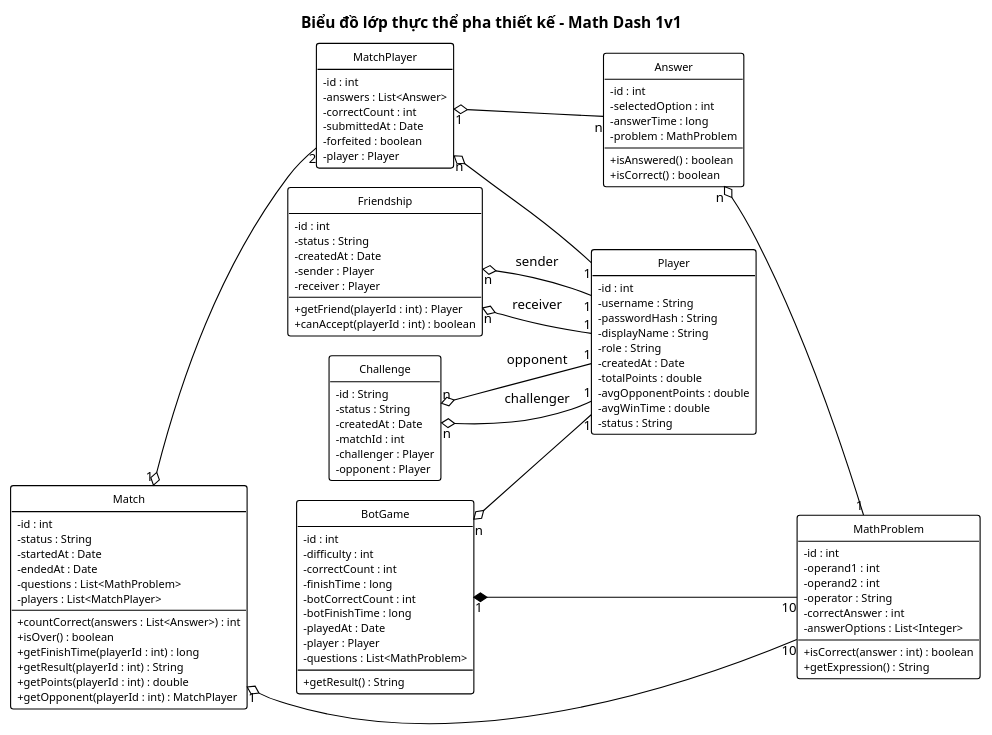
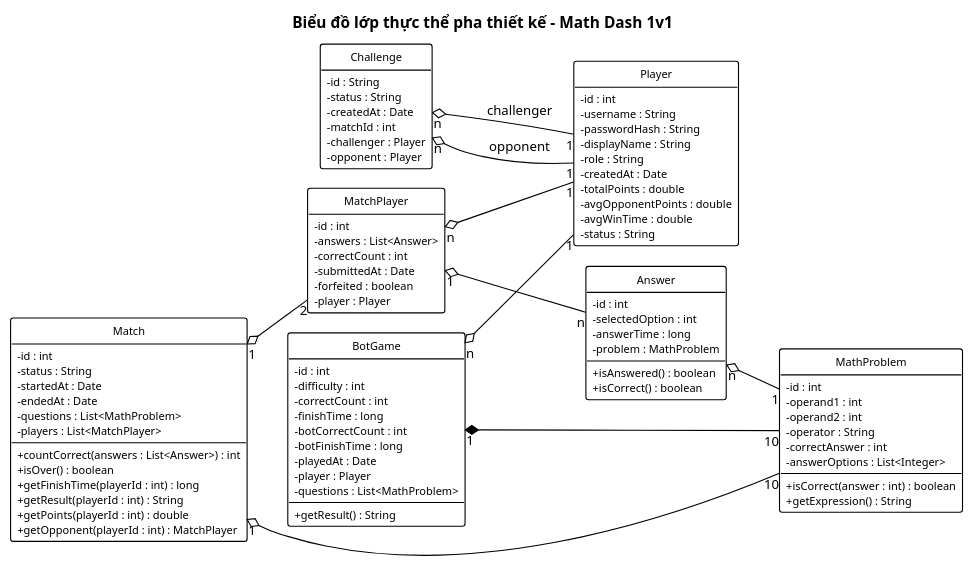
The diagram in docs/chung/lop-thuc-the-thiet-ke.puml (HungNguyenBa1811/math-dash), drawn with PlantUML before and after one commit. The commit also changed 27 other files, not shown here.

```diff
--- a/docs/chung/lop-thuc-the-thiet-ke.puml
+++ b/docs/chung/lop-thuc-the-thiet-ke.puml
@@ -1,117 +1,106 @@
 @startuml lop-thuc-the-thiet-ke
 !pragma layout smetana
 ' === VP Base Theme v2 ===
 skinparam defaultFontName "Segoe UI"
 skinparam defaultFontSize 12
 skinparam shadowing false
 skinparam arrowColor #000000
 skinparam lineColor #000000
 hide circle
 hide empty members
 skinparam classAttributeIconSize 0
 skinparam class {
   BackgroundColor #FFFFFF
   BorderColor #000000
   FontColor #000000
   FontSize 11
   AttributeFontSize 10
   BorderThickness 1
 }
 left to right direction
 title Biểu đồ lớp thực thể pha thiết kế – Math Dash 1v1
 
 class Player {
   - id : int
   - username : String
   - passwordHash : String
   - displayName : String
   - role : String
   - createdAt : Date
   - totalPoints : double
   - avgOpponentPoints : double
   - avgWinTime : double
   - status : String
 }
 class MathProblem {
   - id : int
   - operand1 : int
   - operand2 : int
   - operator : String
   - correctAnswer : int
   - answerOptions : List<Integer>
   + isCorrect(answer : int) : boolean
   + getExpression() : String
 }
 class Challenge {
   - id : String
   - status : String
   - createdAt : Date
   - matchId : int
   - challenger : Player
   - opponent : Player
 }
 class Match {
   - id : int
   - status : String
   - startedAt : Date
   - endedAt : Date
   - questions : List<MathProblem>
   - players : List<MatchPlayer>
   + countCorrect(answers : List<Answer>) : int
   + isOver() : boolean
   + getFinishTime(playerId : int) : long
   + getResult(playerId : int) : String
   + getPoints(playerId : int) : double
   + getOpponent(playerId : int) : MatchPlayer
 }
 class MatchPlayer {
   - id : int
   - answers : List<Answer>
   - correctCount : int
   - submittedAt : Date
   - forfeited : boolean
   - player : Player
 }
 class Answer {
   - id : int
   - selectedOption : int
   - answerTime : long
   - problem : MathProblem
   + isAnswered() : boolean
   + isCorrect() : boolean
 }
-class Friendship {
-  - id : int
-  - status : String
-  - createdAt : Date
-  - sender : Player
-  - receiver : Player
-  + getFriend(playerId : int) : Player
-  + canAccept(playerId : int) : boolean
-}
 class BotGame {
   - id : int
   - difficulty : int
   - correctCount : int
   - finishTime : long
   - botCorrectCount : int
   - botFinishTime : long
   - playedAt : Date
   - player : Player
   - questions : List<MathProblem>
   + getResult() : String
 }
 
 Challenge "n" o-- "1" Player : challenger
 Challenge "n" o-- "1" Player : opponent
 Match "1" o-- "2" MatchPlayer
 MatchPlayer "n" o-- "1" Player
 Match "1" o-- "10" MathProblem
 MatchPlayer "1" o-- "n" Answer
 Answer "n" o-- "1" MathProblem
-Friendship "n" o-- "1" Player : sender
-Friendship "n" o-- "1" Player : receiver
 BotGame "n" o-- "1" Player
 BotGame "1" *-- "10" MathProblem
 Match -[hidden]- BotGame
 @enduml
```
